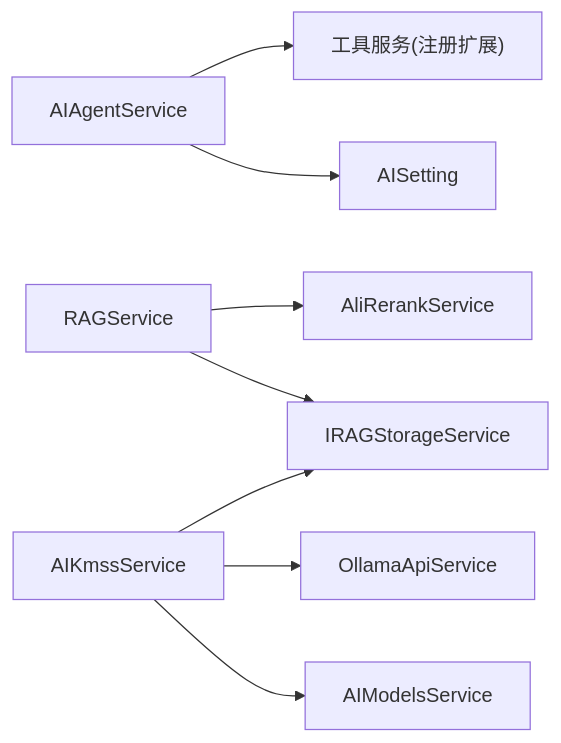
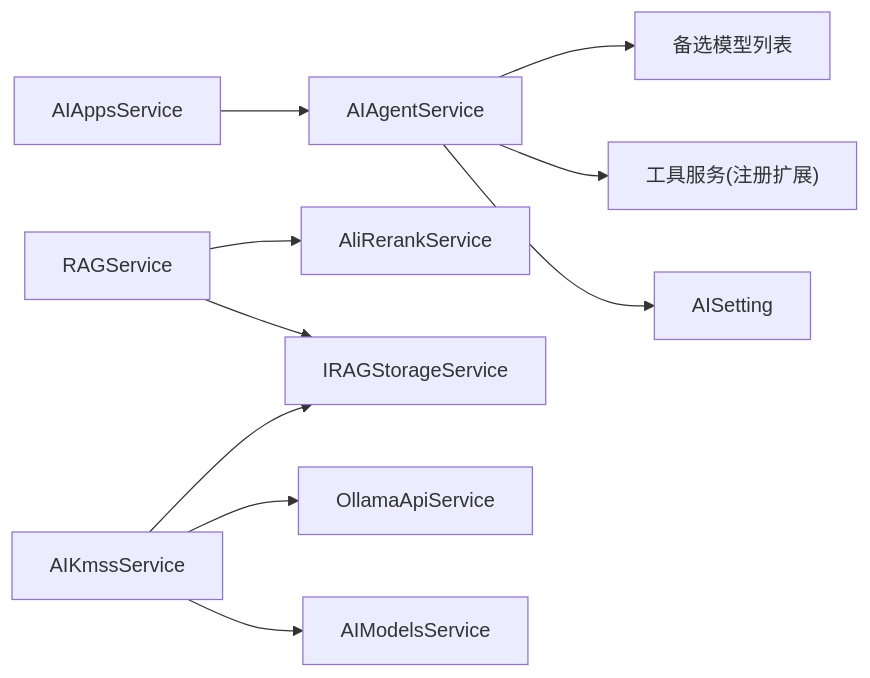
One commit to junkai-li/NetCoreKevin changed the ninth of 9 diagrams in .qoder/repowiki/zh/content/AI智能体/AI智能体.md. Above: the diagram before and after it, drawn with Mermaid. The commit also changed other lines of this file and 7 other files, not shown here.

````diff
--- a/.qoder/repowiki/zh/content/AI智能体/AI智能体.md
+++ b/.qoder/repowiki/zh/content/AI智能体/AI智能体.md
@@ -307,10 +400,12 @@
 ```mermaid
 graph LR
 AIS["AIAgentService"] --> ASG["AISetting"]
 AIS --> SVC["工具服务(注册扩展)"]
+AIS --> FM["备选模型列表"]
 RS["RAGService"] --> IRSS["IRAGStorageService"]
 RS --> ARS["AliRerankService"]
 AKS["AIKmssService"] --> AMS["AIModelsService"]
 AKS --> OLL["OllamaApiService"]
 AKS --> IRSS
+AASV["AIAppsService"] --> AIS
 ```
````
